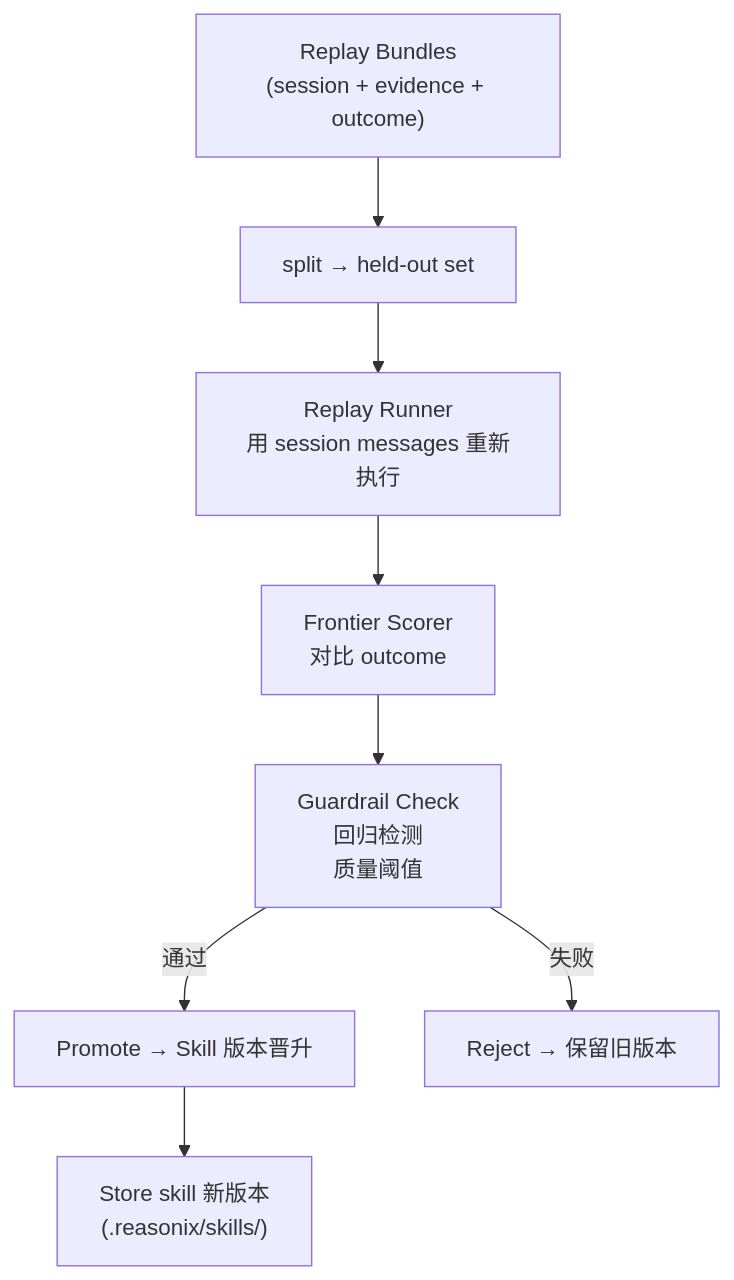
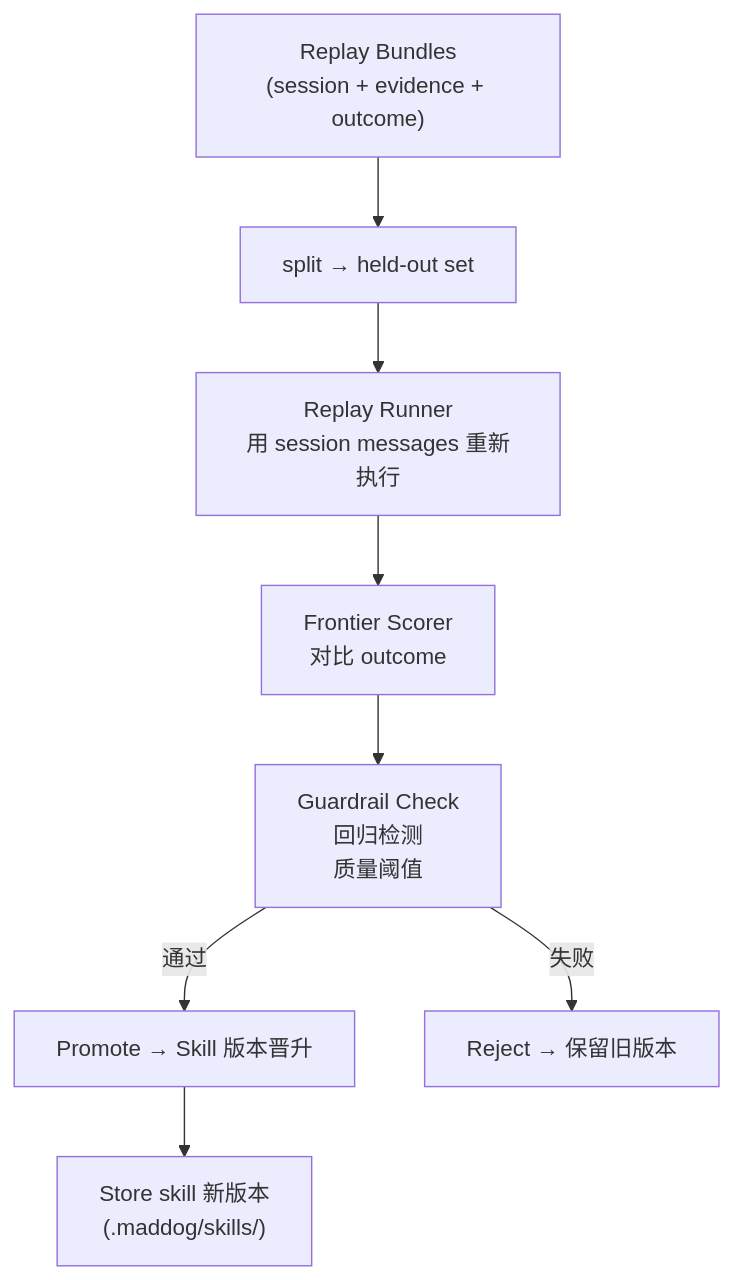
The third of 5 diagrams in docs/cc/maddog-fusion--3949/tech.md (sekkit/maddog), drawn with Mermaid before and after one commit. The commit also changed other lines of this file and 1496 other files, not shown here.

````diff
--- a/docs/cc/maddog-fusion--3949/tech.md
+++ b/docs/cc/maddog-fusion--3949/tech.md
@@ -351,10 +351,10 @@
 ```mermaid
 flowchart TB
     Bundles["Replay Bundles\n(session + evidence + outcome)"] --> Split["split → held-out set"]
     Split --> Replay["Replay Runner\n用 session messages 重新执行"]
     Replay --> Score["Frontier Scorer\n对比 outcome"]
     Score --> Guard["Guardrail Check\n回归检测\n质量阈值"]
     Guard -->|"通过"| Promote["Promote → Skill 版本晋升"]
     Guard -->|"失败"| Reject["Reject → 保留旧版本"]
-    Promote --> Store2["Store skill 新版本\n(.reasonix/skills/)"]
+    Promote --> Store2["Store skill 新版本\n(.maddog/skills/)"]
 ```
````
